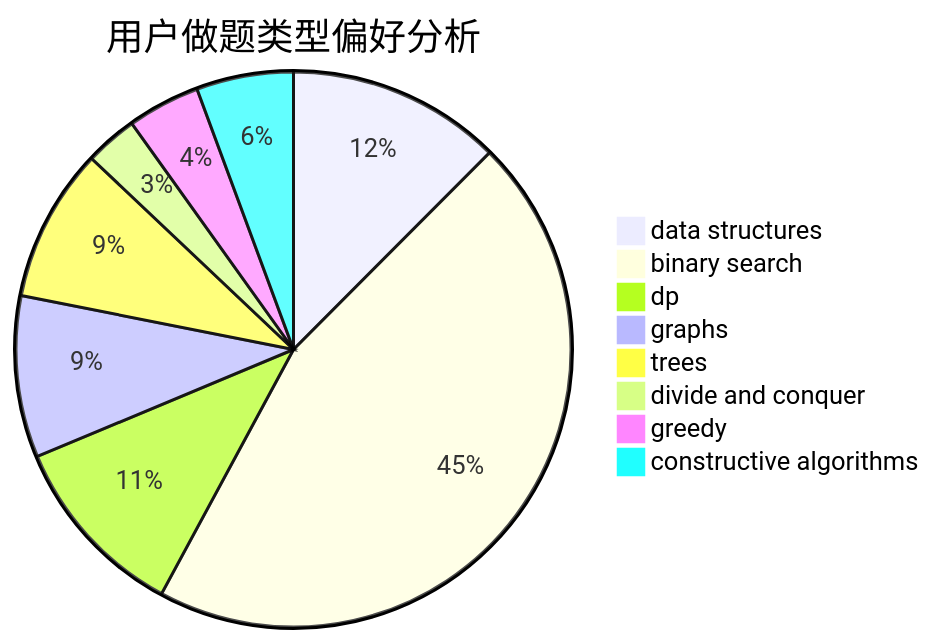
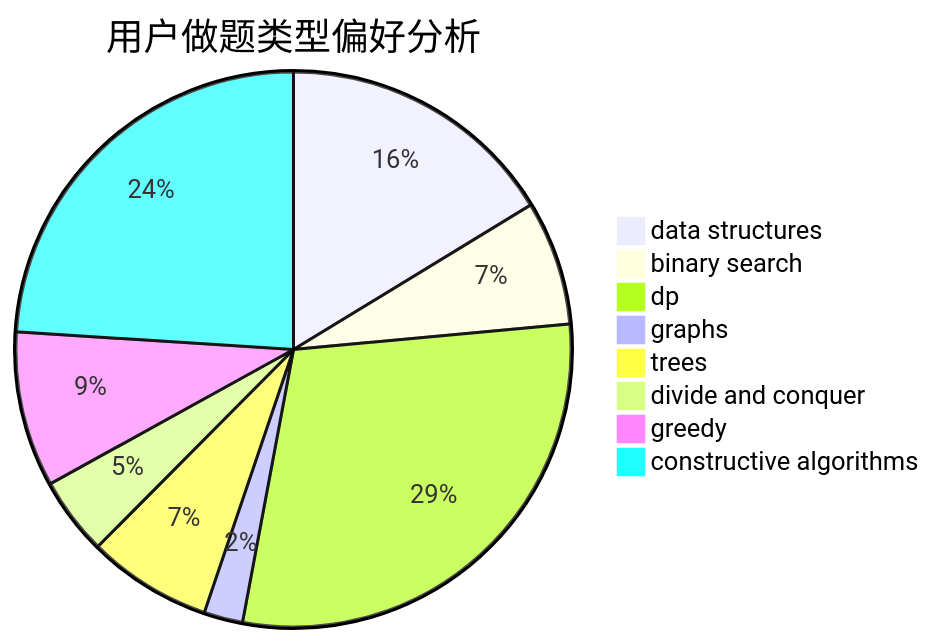
The second of 3 diagrams in docs/user/u2733.md (sherpahu/cfrs.github.io), drawn with Mermaid before and after one commit. The commit also changed other lines of this file and 2770 other files, not shown here.

````diff
--- a/docs/user/u2733.md
+++ b/docs/user/u2733.md
@@ -23,11 +23,11 @@
 ```mermaid
 pie title 用户做题类型偏好分析
-    "data structures" :  53
-    "binary search" :  193
-    "dp" :  46
-    "graphs" :  40
-    "trees" :  38
-    "divide and conquer" :  13
-    "greedy" :  18
-    "constructive algorithms" :  24
+    "data structures" :  36
+    "binary search" :  16
+    "dp" :  65
+    "graphs" :  5
+    "trees" :  16
+    "divide and conquer" :  10
+    "greedy" :  20
+    "constructive algorithms" :  53
 ```
````
